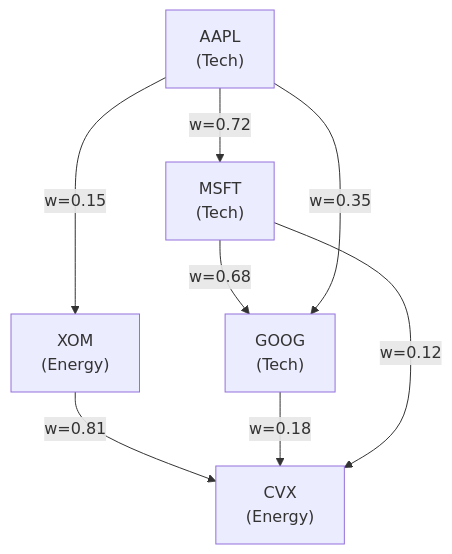
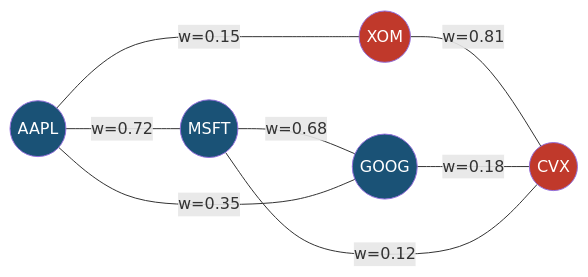
Before and after one commit to xRyann2255/ML-GS: the fifth of 7 diagrams in vol-learning-guide/markdown/ch14-multivariate-volatility.md, drawn with Mermaid. The commit also changed other lines of this file and 10 other files, not shown here.

Commit message:
docs(vol-guide): regenerate markdown mirrors after diagram audit (ch10 taxonomy + ch03 decision-tree semantic; 9 re-layout refreshes)

````diff
--- a/vol-learning-guide/markdown/ch14-multivariate-volatility.md
+++ b/vol-learning-guide/markdown/ch14-multivariate-volatility.md
@@ -457,16 +301,15 @@
 ```mermaid
-graph TD
-    AAPL["AAPL\n(Tech)"]
-    MSFT["MSFT\n(Tech)"]
-    GOOG["GOOG\n(Tech)"]
-    XOM["XOM\n(Energy)"]
-    CVX["CVX\n(Energy)"]
-
-    AAPL -->|"w=0.72"| MSFT
-    MSFT -->|"w=0.68"| GOOG
-    AAPL -->|"w=0.35"| GOOG
-    XOM -->|"w=0.81"| CVX
-    AAPL -->|"w=0.15"| XOM
-    GOOG -->|"w=0.18"| CVX
-    MSFT -->|"w=0.12"| CVX
+flowchart LR
+    AAPL((AAPL)) ---|"w=0.72"| MSFT((MSFT))
+    MSFT ---|"w=0.68"| GOOG((GOOG))
+    AAPL ---|"w=0.35"| GOOG
+    XOM((XOM)) ---|"w=0.81"| CVX((CVX))
+    AAPL ---|"w=0.15"| XOM
+    GOOG ---|"w=0.18"| CVX
+    MSFT ---|"w=0.12"| CVX
+    style AAPL fill:#1a5276,color:#fff
+    style MSFT fill:#1a5276,color:#fff
+    style GOOG fill:#1a5276,color:#fff
+    style XOM fill:#c0392b,color:#fff
+    style CVX fill:#c0392b,color:#fff
 ```
````
